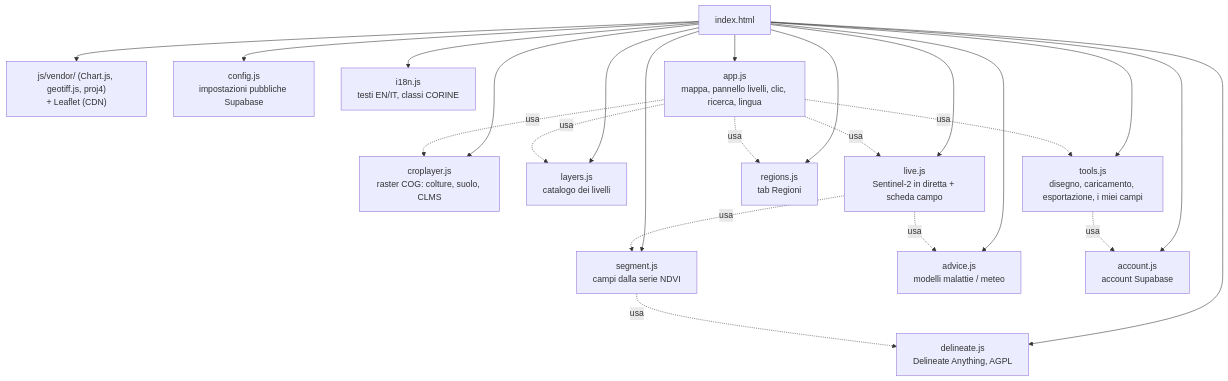
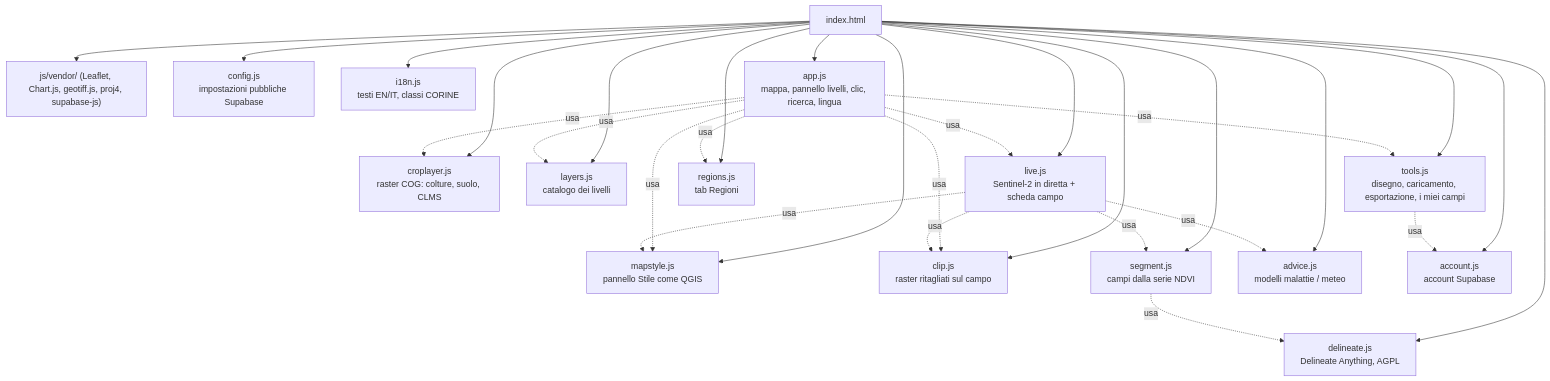
One commit to francescorossi3/campi-aperti changed the first of 5 diagrams in docs/COME_FUNZIONA.md. Above: the diagram before and after it, drawn with Mermaid. The commit also changed other lines of this file and 2 other files, not shown here.

Commit message:
docs: nuovo layout, ritaglio sul campo, pannello Stile e sicurezza (EN/IT)

````diff
--- a/docs/COME_FUNZIONA.md
+++ b/docs/COME_FUNZIONA.md
@@ -10,21 +10,24 @@
 ```mermaid
 flowchart TB
-  html[index.html] --> vendor["js/vendor/ (Chart.js, geotiff.js, proj4)<br/>+ Leaflet (CDN)"]
+  html[index.html] --> vendor["js/vendor/ (Leaflet, Chart.js, geotiff.js, proj4, supabase-js)"]
   html --> config[config.js<br/>impostazioni pubbliche Supabase]
   html --> i18n[i18n.js<br/>testi EN/IT, classi CORINE]
   html --> crop[croplayer.js<br/>raster COG: colture, suolo, CLMS]
   html --> layers[layers.js<br/>catalogo dei livelli]
+  html --> ms[mapstyle.js<br/>pannello Stile come QGIS]
+  html --> clip[clip.js<br/>raster ritagliati sul campo]
   html --> seg[segment.js<br/>campi dalla serie NDVI]
   html --> del[delineate.js<br/>Delineate Anything, AGPL]
   html --> live[live.js<br/>Sentinel-2 in diretta + scheda campo]
   html --> adv[advice.js<br/>modelli malattie / meteo]
   html --> reg[regions.js<br/>tab Regioni]
   html --> acc[account.js<br/>account Supabase]
   html --> tools[tools.js<br/>disegno, caricamento, esportazione, i miei campi]
   html --> app[app.js<br/>mappa, pannello livelli, clic, ricerca, lingua]
   seg -.usa.-> del
   live -.usa.-> seg
   live -.usa.-> adv
   tools -.usa.-> acc
-  app -.usa.-> layers & crop & live & tools & reg
+  app -.usa.-> layers & crop & live & tools & reg & ms & clip
+  live -.usa.-> ms & clip
 ```
````
